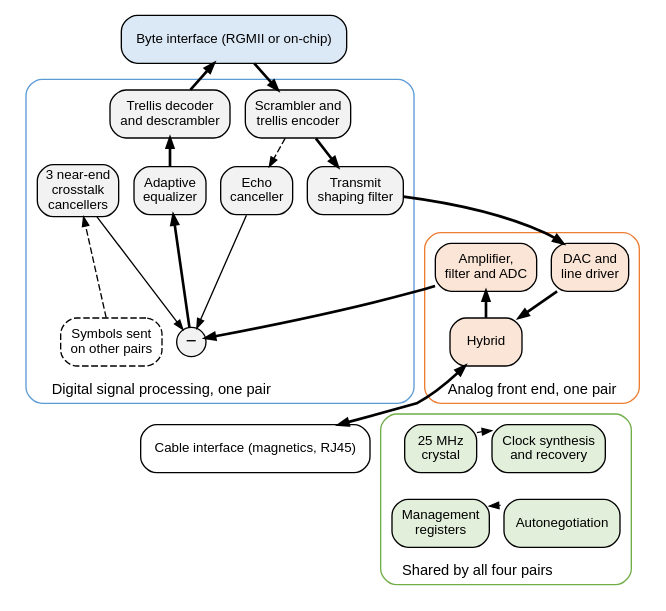
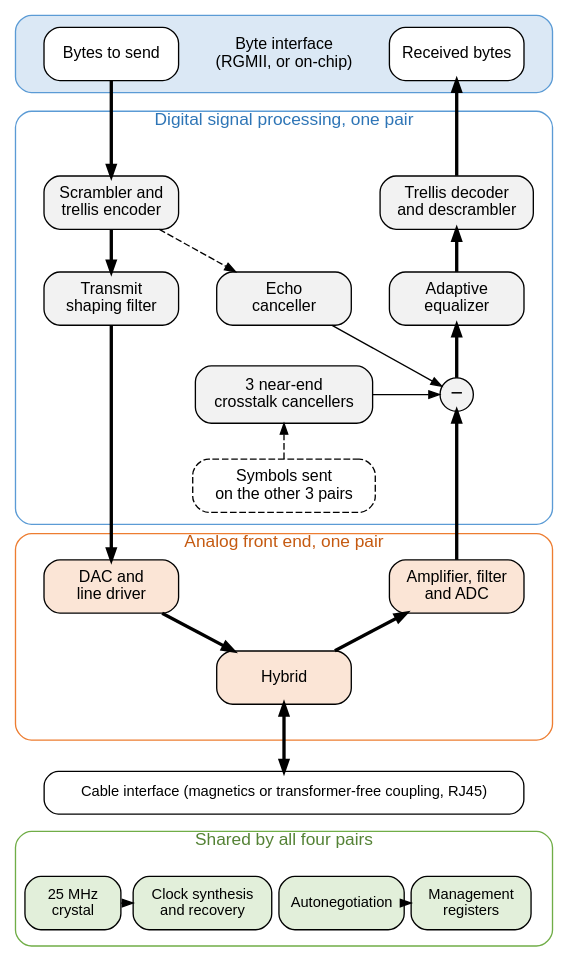
The diagram in docs/ethernet/phy-electrical/transceiver-blocks.dot (mithro/evampire), drawn with Graphviz before and after one commit.

Commit message:
Redraw the gigabit transceiver block diagram on a fixed grid
Transmit runs down the left, receive up the right and the cancellers
sit between them, with straight edges that cross no block, group
labels clear of the edges, and a cable interface that covers both the
transformer and the transformer-free connection.

```diff
--- a/docs/ethernet/phy-electrical/transceiver-blocks.dot
+++ b/docs/ethernet/phy-electrical/transceiver-blocks.dot
@@ -1,86 +1,97 @@
 // Inside a gigabit Ethernet transceiver: one of the four identical pair
-// channels in detail, plus the blocks shared by all four. Drawn top to
-// bottom so that it fits the page width. Transmit and receive run in
-// separate columns, with the cancellers between them.
+// channels in detail, plus the blocks shared by all four.
+//
+// The blocks are placed on a fixed grid (positions in inches) so that the
+// diagram reads top to bottom and fits the width of a documentation page:
+//
+//   column 1 (x=1.2)  transmit path, downwards
+//   column 2 (x=3.0)  echo and crosstalk cancellers
+//   column 3 (x=4.8)  receive path, upwards
+//
+// Group outlines are drawn as background boxes first. Edges are straight
+// lines, placed so that none of them crosses a block.
 //
 // SPDX-License-Identifier: Apache-2.0
 
 digraph transceiver {
-    graph [rankdir=TB, fontname="Helvetica", fontsize=11, nodesep=0.15,
-           ranksep=0.28, newrank=true];
+    graph [layout=neato, splines=false, overlap=true, outputorder=nodesfirst,
+           fontname="Helvetica"];
     node  [shape=box, style="rounded,filled", fillcolor="#f2f2f2",
-           fontname="Helvetica", fontsize=10, margin="0.06,0.04"];
-    edge  [fontname="Helvetica", fontsize=9, arrowsize=0.7];
+           fontname="Helvetica", fontsize=12, width=1.4, height=0.55,
+           fixedsize=true];
+    edge  [arrowsize=0.8];
 
-    rgmii [label="Byte interface (RGMII or on-chip)", fillcolor="#dbe8f5"];
+    // Group outlines.
+    g_bytes  [pos="3.0,9.45!", width=5.6, height=0.8, label="Byte interface\n(RGMII, or on-chip)",
+              fontsize=12, style="rounded,filled", color="#5b9bd5",
+              fillcolor="#dbe8f5"];
+    g_dsp    [pos="3.0,6.7!", width=5.6, height=4.3, label="Digital signal processing, one pair",
+              labelloc=t, fontsize=13, fontcolor="#2e75b6", style="rounded",
+              color="#5b9bd5", fillcolor="none"];
+    g_analog [pos="3.0,3.375!", width=5.6, height=2.15, label="Analog front end, one pair",
+              labelloc=t, fontsize=13, fontcolor="#c55a11", style="rounded",
+              color="#ed7d31", fillcolor="none"];
+    g_shared [pos="3.0,0.75!", width=5.6, height=1.2, label="Shared by all four pairs",
+              labelloc=t, fontsize=13, fontcolor="#548235", style="rounded",
+              color="#70ad47", fillcolor="none"];
 
-    subgraph cluster_digital {
-        label="Digital signal processing, one pair"; labeljust=l;
-        labelloc=b; style="rounded"; color="#5b9bd5";
+    // Byte interface to the forwarding logic: bytes to send on the left,
+    // received bytes on the right, so both connections run straight down.
+    tx_bytes [pos="1.2,9.45!", label="Bytes to send", fillcolor="#ffffff"];
+    rx_bytes [pos="4.8,9.45!", label="Received bytes", fillcolor="#ffffff"];
 
-        enc   [label="Scrambler and\ntrellis encoder"];
-        dec   [label="Trellis decoder\nand descrambler"];
-        shape [label="Transmit\nshaping filter"];
-        echo  [label="Echo\ncanceller"];
-        next  [label="3 near-end\ncrosstalk\ncancellers"];
-        eq    [label="Adaptive\nequalizer"];
-        other [label="Symbols sent\non other pairs",
-               style="rounded,dashed,filled", fillcolor="#ffffff"];
-        sum   [label="−", shape=circle, width=0.3, fixedsize=true,
-               fontsize=14];
-    }
+    // Digital signal processing.
+    enc   [pos="1.2,7.9!", label="Scrambler and\ntrellis encoder"];
+    shape [pos="1.2,6.9!", label="Transmit\nshaping filter"];
+    echo  [pos="3.0,6.9!", label="Echo\ncanceller"];
+    next  [pos="3.0,5.9!", label="3 near-end\ncrosstalk cancellers",
+           width=1.85, height=0.6];
+    other [pos="3.0,4.95!", label="Symbols sent\non the other 3 pairs",
+           width=1.9, style="rounded,dashed,filled", fillcolor="#ffffff"];
+    dec   [pos="4.8,7.9!", width=1.6, label="Trellis decoder\nand descrambler"];
+    eq    [pos="4.8,6.9!", label="Adaptive\nequalizer"];
+    sum   [pos="4.8,5.9!", label="−", shape=circle, width=0.35, height=0.35,
+           fontsize=16];
 
-    subgraph cluster_analog {
-        label="Analog front end, one pair"; labeljust=l; labelloc=b;
-        style="rounded"; color="#ed7d31";
-        dac    [label="DAC and\nline driver", fillcolor="#fbe5d6"];
-        adc    [label="Amplifier,\nfilter and ADC", fillcolor="#fbe5d6"];
-        hybrid [label="Hybrid", fillcolor="#fbe5d6"];
-    }
+    // Analog front end.
+    dac    [pos="1.2,3.9!", label="DAC and\nline driver", fillcolor="#fbe5d6"];
+    adc    [pos="4.8,3.9!", label="Amplifier, filter\nand ADC", fillcolor="#fbe5d6"];
+    hybrid [pos="3.0,2.95!", label="Hybrid", fillcolor="#fbe5d6"];
 
-    mag [label="Cable interface (magnetics, RJ45)", fillcolor="#ffffff"];
+    // Cable side.
+    cable [pos="3.0,1.75!", width=5.0, height=0.45,
+           label="Cable interface (magnetics or transformer-free coupling, RJ45)",
+           fontsize=11, fillcolor="#ffffff"];
 
-    subgraph cluster_shared {
-        label="Shared by all four pairs"; labeljust=l; labelloc=b;
-        style="rounded"; color="#70ad47";
-        xtal [label="25 MHz\ncrystal", fillcolor="#e2efda"];
-        pll  [label="Clock synthesis\nand recovery", fillcolor="#e2efda"];
-        mgmt [label="Management\nregisters", fillcolor="#e2efda"];
-        an   [label="Autonegotiation", fillcolor="#e2efda"];
-    }
+    // Shared blocks.
+    xtal [pos="0.8,0.6!", width=1.0, fontsize=11, label="25 MHz\ncrystal", fillcolor="#e2efda"];
+    pll  [pos="2.15,0.6!", width=1.45, fontsize=11, label="Clock synthesis\nand recovery", fillcolor="#e2efda"];
+    an   [pos="3.6,0.6!", width=1.3, fontsize=11, label="Autonegotiation", fillcolor="#e2efda"];
+    mgmt [pos="4.95,0.6!", width=1.25, label="Management\nregisters", fontsize=11,
+          fillcolor="#e2efda"];
 
-    // Rows, with left-to-right order fixed by invisible edges.
-    { rank=same; enc -> dec [style=invis]; }
-    { rank=same; shape -> echo -> next -> eq [style=invis]; }
-    { rank=same; other -> sum [style=invis]; }
-    { rank=same; dac -> adc [style=invis]; }
-    { rank=same; xtal -> pll [style=invis]; }
-    { rank=same; mgmt -> an [style=invis]; }
+    // Transmit path.
+    tx_bytes -> enc [penwidth=2.5];
+    enc   -> shape  [penwidth=2.5];
+    shape -> dac    [penwidth=2.5];
+    dac   -> hybrid [penwidth=2.5];
+    hybrid -> cable [penwidth=2.5, dir=both];
 
-    // Transmit path, down the left.
-    rgmii -> enc    [penwidth=2];
-    enc   -> shape  [penwidth=2];
-    shape -> dac    [penwidth=2];
-    dac   -> hybrid [penwidth=2];
-    hybrid -> mag   [dir=both, penwidth=2];
+    // Receive path.
+    hybrid -> adc   [penwidth=2.5];
+    adc   -> sum    [penwidth=2.5];
+    sum   -> eq     [penwidth=2.5];
+    eq    -> dec    [penwidth=2.5];
+    dec   -> rx_bytes [penwidth=2.5];
 
-    // Receive path, up the right.
-    hybrid -> adc   [penwidth=2];
-    adc   -> sum    [penwidth=2];
-    sum   -> eq     [penwidth=2];
-    eq    -> dec    [penwidth=2];
-    dec   -> rgmii  [penwidth=2];
-
-    // Cancellers take the known transmitted symbols.
+    // Cancellers: copies of the transmitted symbols, subtracted from the
+    // received signal.
     enc   -> echo   [style=dashed];
     echo  -> sum;
     other -> next   [style=dashed];
     next  -> sum;
 
-    // Shared blocks, below the cable interface.
-    other -> mgmt   [style=invis, minlen=2];
-
-    xtal  -> pll;
-    xtal  -> mgmt   [style=invis];
-    mgmt  -> an     [style=dotted, dir=back, constraint=false];
+    // Shared blocks.
+    xtal -> pll  [style=dotted];
+    an   -> mgmt [style=dotted];
 }
```
